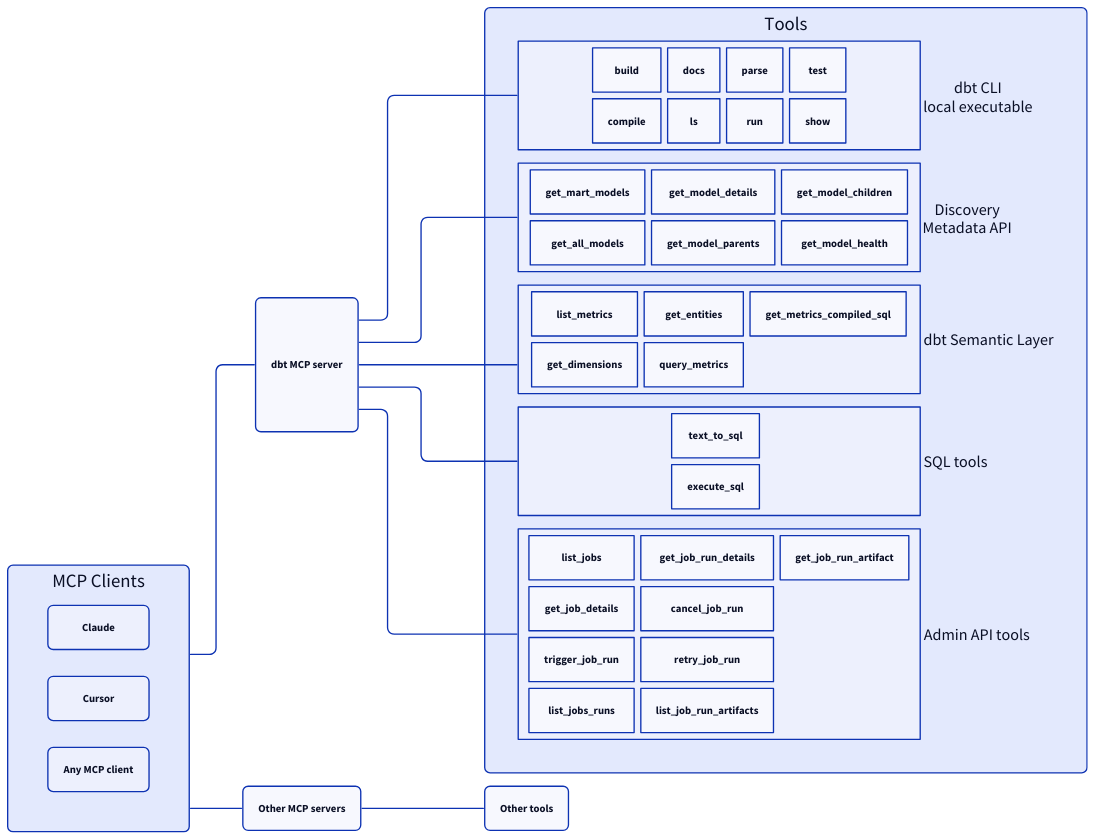
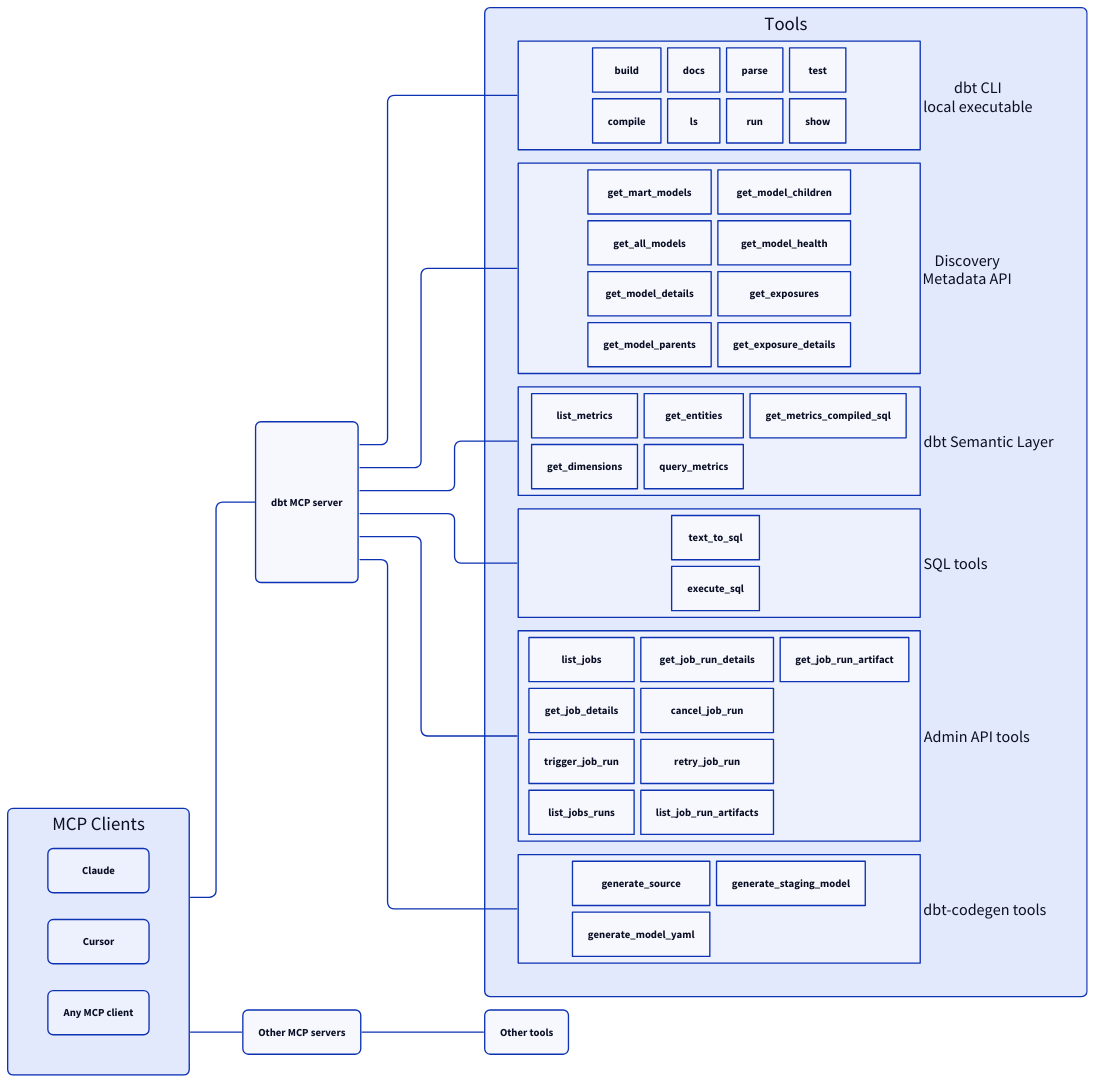
Before and after one commit to dbt-labs/dbt-mcp: the diagram in docs/diagram.d2, drawn with D2. The commit also changed 2 other files, not shown here.

Commit message:
Update d2 diagram

```diff
--- a/docs/diagram.d2
+++ b/docs/diagram.d2
@@ -1,102 +1,112 @@
 vars: {
   d2-config: {
     layout-engine: elk
   }
 }
 
 direction: right
 *.style.border-radius: 8
 
 classes: {
   container: {
     grid-columns: 2
     grid-rows: 2
     grid-gap: 10
     width: 600
     *.style.border-radius: 8
   }
 
   big-container: {
     grid-columns: 2
     grid-rows: 4
     grid-gap: 10
     width: 600
     *.style.border-radius: 8
   }
 }
 
 mcp: dbt MCP server
 
 tools: Tools {
   cli: dbt CLI\nlocal executable {
     label.near: outside-right-center
     class: container
     build
     compile
     docs
     ls
     parse
     run
     test
     show
   }
 
   discovery: Discovery\nMetadata API {
     label.near: outside-right-center
-    class: container
+    class: big-container
     get_mart_models
     get_all_models
     get_model_details
     get_model_parents
     get_model_children
     get_model_health
+    get_exposures
+    get_exposure_details
   }
 
   sl: dbt Semantic Layer {
     label.near: outside-right-center
     class: container
     list_metrics
     get_dimensions
     get_entities
     query_metrics
     get_metrics_compiled_sql
   }
 
   sql: SQL tools {
     label.near: outside-right-center
     class: container
     text_to_sql
     execute_sql
   }
 
   admin: Admin API tools {
     label.near: outside-right-center
     class: big-container
     list_jobs
     get_job_details
     trigger_job_run
     list_jobs_runs
     get_job_run_details
     cancel_job_run
     retry_job_run
     list_job_run_artifacts
     get_job_run_artifact
   }
+
+  codegen: dbt-codegen tools {
+    label.near: outside-right-center
+    class: container
+    generate_source
+    generate_model_yaml
+    generate_staging_model
+  }
 }
 
 mcp -- tools.*
 
 clients: MCP Clients {
   grid-columns: 1
   *.style.border-radius: 8
   Claude
   Cursor
   mcp_clients: Any MCP client
 }
 
 other_mcp: Other MCP servers
 other_tools: Other tools
 
 clients -- mcp
 clients -- other_mcp
 other_mcp -- other_tools
```
